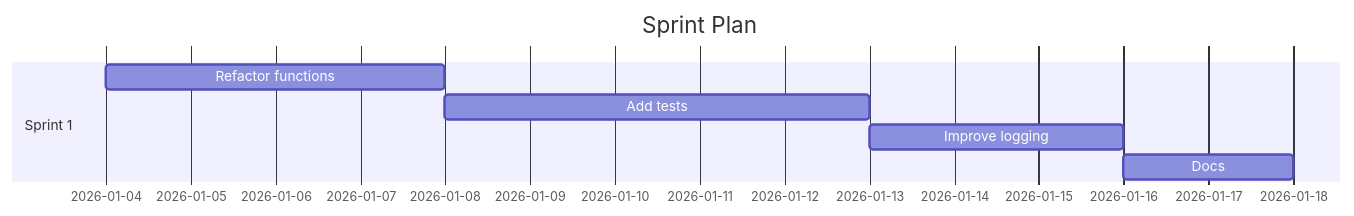
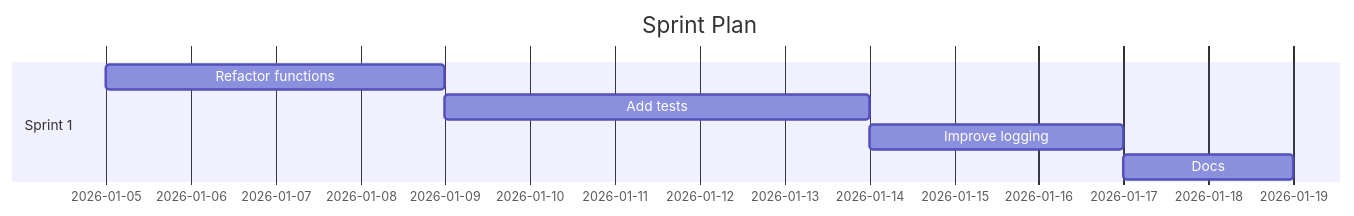
The diagram in demos/demo-code-analysis.sprint.md (Anselmoo/mcp-ai-agent-guidelines), drawn with Mermaid before and after one commit. The commit also changed other lines of this file and 21 other files, not shown here.

````diff
--- a/demos/demo-code-analysis.sprint.md
+++ b/demos/demo-code-analysis.sprint.md
@@ -59,11 +59,11 @@
 ```mermaid
 gantt
 	dateFormat  YYYY-MM-DD
 	title Sprint Plan
 %% Accessibility: Title=Project Sprint Plan; Description=Gantt chart of sprints and tasks over time. %%
   section Sprint 1
-  Refactor functions :s1t0, 2026-01-04, 4d
-  Add tests :s1t1, 2026-01-08, 5d
-  Improve logging :s1t2, 2026-01-13, 3d
-  Docs :s1t3, 2026-01-16, 2d
+  Refactor functions :s1t0, 2026-01-05, 4d
+  Add tests :s1t1, 2026-01-09, 5d
+  Improve logging :s1t2, 2026-01-14, 3d
+  Docs :s1t3, 2026-01-17, 2d
 ```
````
